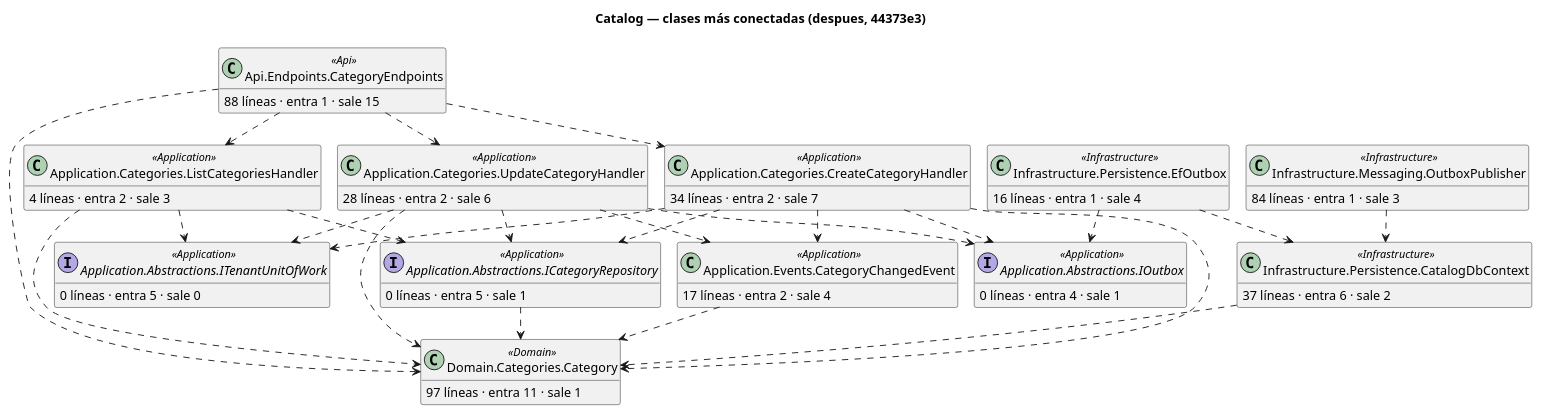
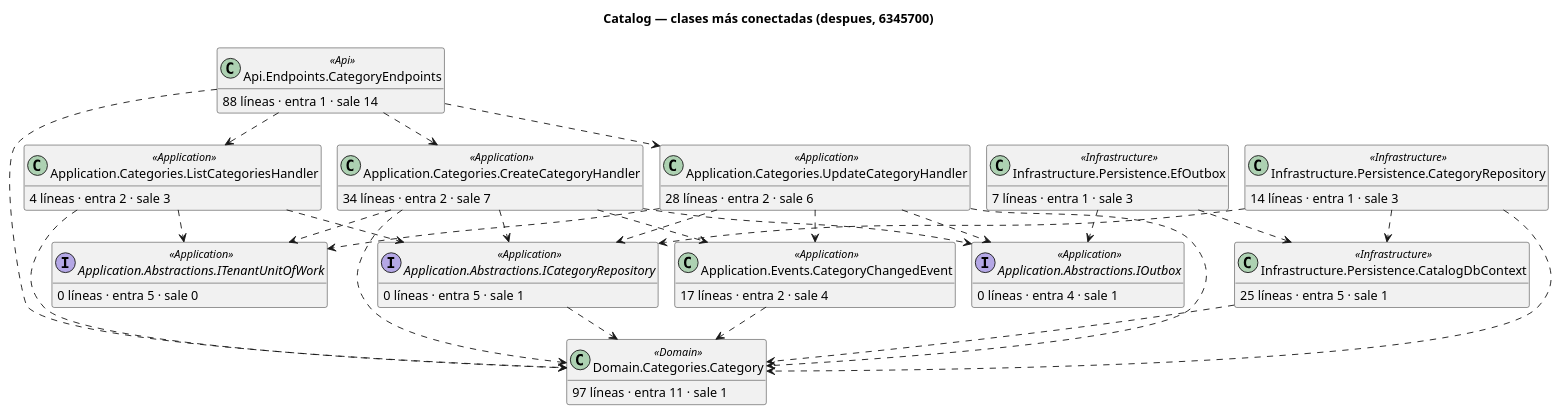
The diagram in docs/architecture/codigo/despues/catalog/clases-centrales.puml (ARQUI-202630/quickpatch), drawn with PlantUML before and after one commit. The commit also changed 36 other files, not shown here.

```diff
--- a/docs/architecture/codigo/despues/catalog/clases-centrales.puml
+++ b/docs/architecture/codigo/despues/catalog/clases-centrales.puml
@@ -1,65 +1,67 @@
 @startuml
 !pragma layout smetana
-title Catalog — clases más conectadas (despues, 44373e3)
+title Catalog — clases más conectadas (despues, 6345700)
 hide empty members
 skinparam shadowing false
 class "Api.Endpoints.CategoryEndpoints" as QuickPatch_Catalog_Api_Endpoints_CategoryEndpoints <<Api>> {
-  88 líneas · entra 1 · sale 15
+  88 líneas · entra 1 · sale 14
 }
 class "Domain.Categories.Category" as QuickPatch_Catalog_Domain_Categories_Category <<Domain>> {
   97 líneas · entra 11 · sale 1
 }
 class "Application.Categories.CreateCategoryHandler" as QuickPatch_Catalog_Application_Categories_CreateCategoryHandler <<Application>> {
   34 líneas · entra 2 · sale 7
 }
 class "Application.Categories.UpdateCategoryHandler" as QuickPatch_Catalog_Application_Categories_UpdateCategoryHandler <<Application>> {
   28 líneas · entra 2 · sale 6
 }
-class "Infrastructure.Persistence.CatalogDbContext" as QuickPatch_Catalog_Infrastructure_Persistence_CatalogDbContext <<Infrastructure>> {
-  37 líneas · entra 6 · sale 2
-}
 class "Application.Events.CategoryChangedEvent" as QuickPatch_Catalog_Application_Events_CategoryChangedEvent <<Application>> {
   17 líneas · entra 2 · sale 4
 }
 interface "Application.Abstractions.ICategoryRepository" as QuickPatch_Catalog_Application_Abstractions_ICategoryRepository <<Application>> {
   0 líneas · entra 5 · sale 1
 }
-class "Infrastructure.Persistence.EfOutbox" as QuickPatch_Catalog_Infrastructure_Persistence_EfOutbox <<Infrastructure>> {
-  16 líneas · entra 1 · sale 4
+class "Infrastructure.Persistence.CatalogDbContext" as QuickPatch_Catalog_Infrastructure_Persistence_CatalogDbContext <<Infrastructure>> {
+  25 líneas · entra 5 · sale 1
 }
 class "Application.Categories.ListCategoriesHandler" as QuickPatch_Catalog_Application_Categories_ListCategoriesHandler <<Application>> {
   4 líneas · entra 2 · sale 3
 }
 interface "Application.Abstractions.ITenantUnitOfWork" as QuickPatch_Catalog_Application_Abstractions_ITenantUnitOfWork <<Application>> {
   0 líneas · entra 5 · sale 0
 }
 interface "Application.Abstractions.IOutbox" as QuickPatch_Catalog_Application_Abstractions_IOutbox <<Application>> {
   0 líneas · entra 4 · sale 1
 }
-class "Infrastructure.Messaging.OutboxPublisher" as QuickPatch_Catalog_Infrastructure_Messaging_OutboxPublisher <<Infrastructure>> {
-  84 líneas · entra 1 · sale 3
+class "Infrastructure.Persistence.CategoryRepository" as QuickPatch_Catalog_Infrastructure_Persistence_CategoryRepository <<Infrastructure>> {
+  14 líneas · entra 1 · sale 3
+}
+class "Infrastructure.Persistence.EfOutbox" as QuickPatch_Catalog_Infrastructure_Persistence_EfOutbox <<Infrastructure>> {
+  7 líneas · entra 1 · sale 3
 }
 QuickPatch_Catalog_Api_Endpoints_CategoryEndpoints ..> QuickPatch_Catalog_Application_Categories_CreateCategoryHandler
 QuickPatch_Catalog_Api_Endpoints_CategoryEndpoints ..> QuickPatch_Catalog_Application_Categories_ListCategoriesHandler
 QuickPatch_Catalog_Api_Endpoints_CategoryEndpoints ..> QuickPatch_Catalog_Application_Categories_UpdateCategoryHandler
 QuickPatch_Catalog_Api_Endpoints_CategoryEndpoints ..> QuickPatch_Catalog_Domain_Categories_Category
 QuickPatch_Catalog_Application_Abstractions_ICategoryRepository ..> QuickPatch_Catalog_Domain_Categories_Category
 QuickPatch_Catalog_Application_Categories_CreateCategoryHandler ..> QuickPatch_Catalog_Application_Abstractions_ICategoryRepository
 QuickPatch_Catalog_Application_Categories_CreateCategoryHandler ..> QuickPatch_Catalog_Application_Abstractions_IOutbox
 QuickPatch_Catalog_Application_Categories_CreateCategoryHandler ..> QuickPatch_Catalog_Application_Abstractions_ITenantUnitOfWork
 QuickPatch_Catalog_Application_Categories_CreateCategoryHandler ..> QuickPatch_Catalog_Application_Events_CategoryChangedEvent
 QuickPatch_Catalog_Application_Categories_CreateCategoryHandler ..> QuickPatch_Catalog_Domain_Categories_Category
 QuickPatch_Catalog_Application_Categories_ListCategoriesHandler ..> QuickPatch_Catalog_Application_Abstractions_ICategoryRepository
 QuickPatch_Catalog_Application_Categories_ListCategoriesHandler ..> QuickPatch_Catalog_Application_Abstractions_ITenantUnitOfWork
 QuickPatch_Catalog_Application_Categories_ListCategoriesHandler ..> QuickPatch_Catalog_Domain_Categories_Category
 QuickPatch_Catalog_Application_Categories_UpdateCategoryHandler ..> QuickPatch_Catalog_Application_Abstractions_ICategoryRepository
 QuickPatch_Catalog_Application_Categories_UpdateCategoryHandler ..> QuickPatch_Catalog_Application_Abstractions_IOutbox
 QuickPatch_Catalog_Application_Categories_UpdateCategoryHandler ..> QuickPatch_Catalog_Application_Abstractions_ITenantUnitOfWork
 QuickPatch_Catalog_Application_Categories_UpdateCategoryHandler ..> QuickPatch_Catalog_Application_Events_CategoryChangedEvent
 QuickPatch_Catalog_Application_Categories_UpdateCategoryHandler ..> QuickPatch_Catalog_Domain_Categories_Category
 QuickPatch_Catalog_Application_Events_CategoryChangedEvent ..> QuickPatch_Catalog_Domain_Categories_Category
-QuickPatch_Catalog_Infrastructure_Messaging_OutboxPublisher ..> QuickPatch_Catalog_Infrastructure_Persistence_CatalogDbContext
 QuickPatch_Catalog_Infrastructure_Persistence_CatalogDbContext ..> QuickPatch_Catalog_Domain_Categories_Category
+QuickPatch_Catalog_Infrastructure_Persistence_CategoryRepository ..> QuickPatch_Catalog_Application_Abstractions_ICategoryRepository
+QuickPatch_Catalog_Infrastructure_Persistence_CategoryRepository ..> QuickPatch_Catalog_Domain_Categories_Category
+QuickPatch_Catalog_Infrastructure_Persistence_CategoryRepository ..> QuickPatch_Catalog_Infrastructure_Persistence_CatalogDbContext
 QuickPatch_Catalog_Infrastructure_Persistence_EfOutbox ..> QuickPatch_Catalog_Application_Abstractions_IOutbox
 QuickPatch_Catalog_Infrastructure_Persistence_EfOutbox ..> QuickPatch_Catalog_Infrastructure_Persistence_CatalogDbContext
 @enduml
```
